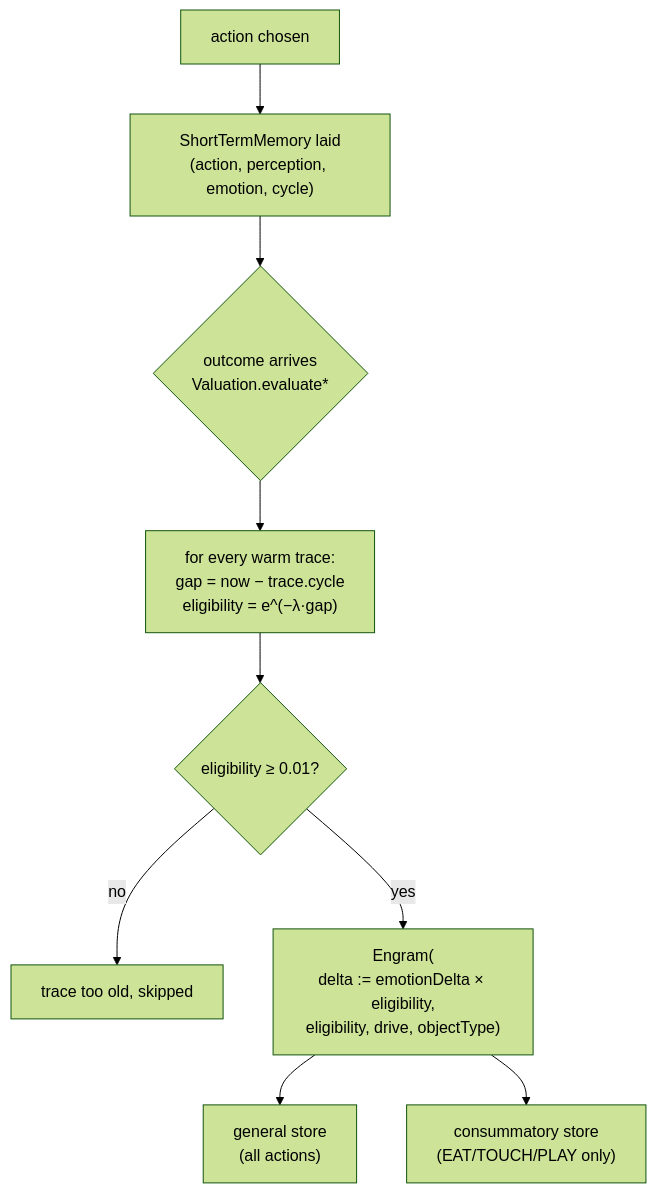
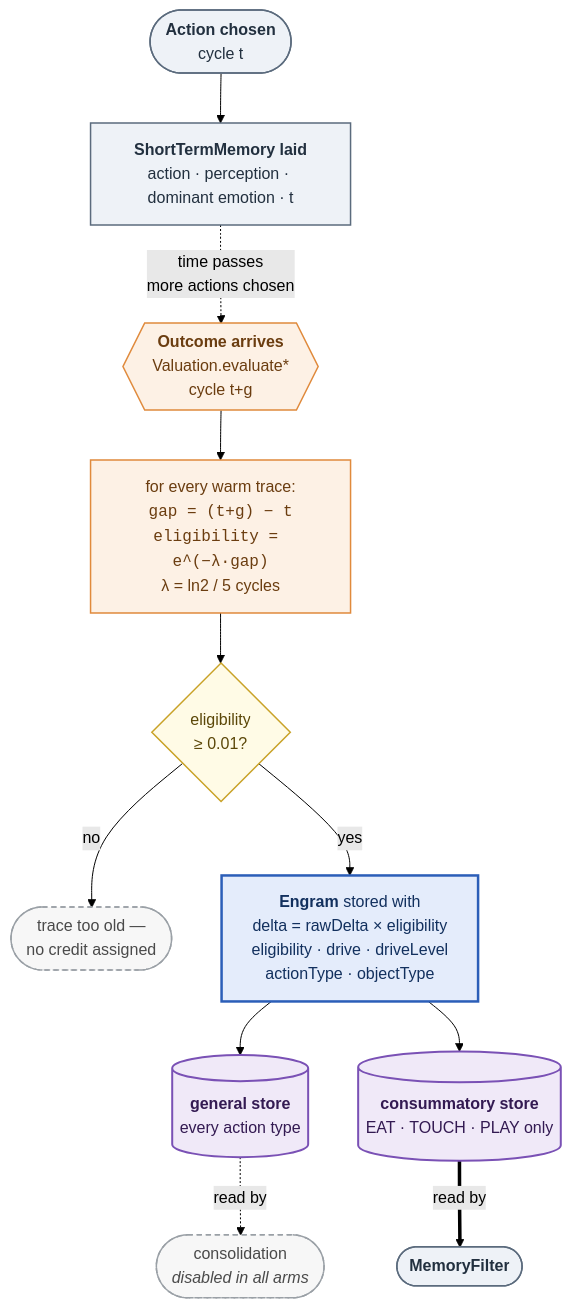
One commit to felipedreis/dl2l changed the third of 3 diagrams in docs/reports/20260812_p84_behaviour_parity_report.md. Above: the diagram before and after it, drawn with Mermaid (forest theme). The commit also changed other lines of this file, not shown here.

First line of the commit message:
docs(p84): make the memory diagrams legible — palette, shapes, and a real side-by-side

````diff
--- a/docs/reports/20260812_p84_behaviour_parity_report.md
+++ b/docs/reports/20260812_p84_behaviour_parity_report.md
@@ -104,11 +172,31 @@
 ```mermaid
 flowchart TD
-    A["action chosen"] --> B["ShortTermMemory laid<br/>(action, perception, emotion, cycle)"]
-    B --> C{"outcome arrives<br/>Valuation.evaluate*"}
-    C --> D["for every warm trace:<br/>gap = now − trace.cycle<br/>eligibility = e^(−λ·gap)"]
-    D --> E{"eligibility ≥ 0.01?"}
-    E -- no --> F["trace too old, skipped"]
-    E -- yes --> G["Engram(<br/>delta := emotionDelta × eligibility,<br/>eligibility, drive, objectType)"]
-    G --> H["general store<br/>(all actions)"]
-    G --> I["consummatory store<br/>(EAT/TOUCH/PLAY only)"]
+    A(["<b>Action chosen</b><br/>cycle t"]) --> B
+    B["<b>ShortTermMemory laid</b><br/>action · perception · dominant emotion · t"]
+    B -.->|"time passes<br/>more actions chosen"| C
+    C{{"<b>Outcome arrives</b><br/>Valuation.evaluate*<br/>cycle t+g"}}
+
+    C --> D["for every warm trace:<br/><code>gap = (t+g) − t</code><br/><code>eligibility = e^(−λ·gap)</code><br/>λ = ln2 / 5 cycles"]
+    D --> E{"eligibility<br/>≥ 0.01?"}
+    E -->|no| F(["trace too old —<br/>no credit assigned"])
+    E -->|yes| G["<b>Engram</b> stored with<br/>delta = rawDelta × eligibility<br/>eligibility · drive · driveLevel<br/>actionType · objectType"]
+
+    G --> H[("<b>general store</b><br/>every action type")]
+    G --> I[("<b>consummatory store</b><br/>EAT · TOUCH · PLAY only")]
+    I ==>|"read by"| J(["<b>MemoryFilter</b>"])
+    H -.->|"read by"| K(["consolidation<br/><i>disabled in all arms</i>"])
+
+    classDef act fill:#eef2f7,stroke:#5b6b7d,stroke-width:1.5px,color:#22303f
+    classDef calc fill:#fdf1e5,stroke:#e08a3c,stroke-width:1.5px,color:#6b3d10
+    classDef gate fill:#fffbe6,stroke:#c9a227,stroke-width:1.5px,color:#5b4708
+    classDef engram fill:#e4ecfb,stroke:#2b5eb8,stroke-width:2.5px,color:#12305e
+    classDef store fill:#f0e9f8,stroke:#7a51b5,stroke-width:2px,color:#331a52
+    classDef dead fill:#f7f7f7,stroke:#9aa0a6,stroke-width:1.5px,stroke-dasharray:5 4,color:#4a4a4a
+
+    class A,B,J act
+    class C,D calc
+    class E gate
+    class G engram
+    class H,I store
+    class F,K dead
 ```
````
